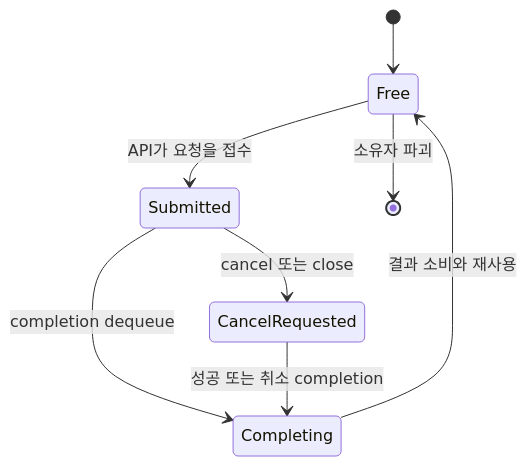
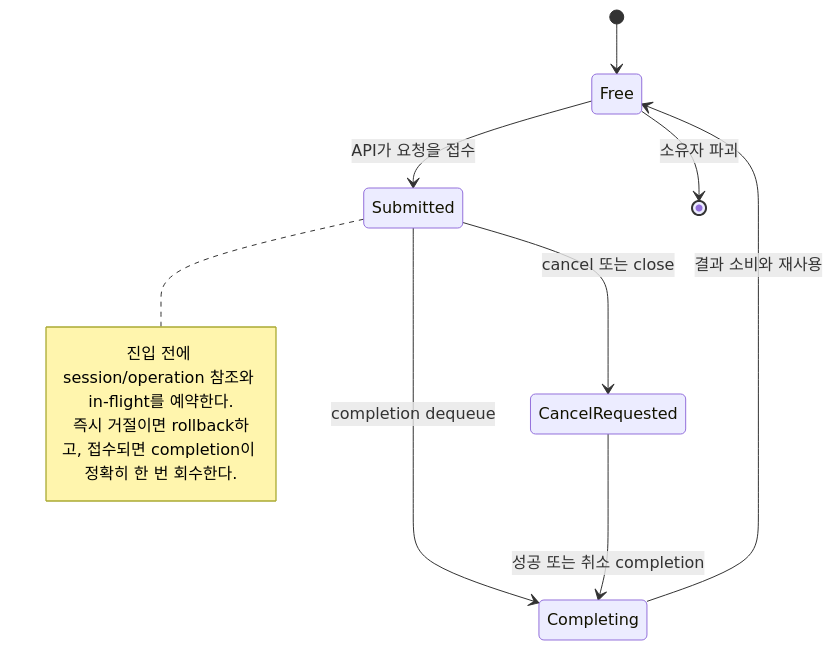
The second of 5 diagrams in system/part17_windows_iocp.md (Rein-ArXiv/game-dev-curriculum), drawn with Mermaid before and after one commit. The commit also changed other lines of this file and 279 other files, not shown here.

````diff
--- a/system/part17_windows_iocp.md
+++ b/system/part17_windows_iocp.md
@@ -123,10 +124,14 @@
 ```mermaid
 stateDiagram-v2
     [*] --> Free
     Free --> Submitted: API가 요청을 접수
     Submitted --> Completing: completion dequeue
     Completing --> Free: 결과 소비와 재사용
     Submitted --> CancelRequested: cancel 또는 close
     CancelRequested --> Completing: 성공 또는 취소 completion
     Free --> [*]: 소유자 파괴
+    note right of Submitted
+        진입 전에 session/operation 참조와 in-flight를 예약한다.
+        즉시 거절이면 rollback하고, 접수되면 completion이 정확히 한 번 회수한다.
+    end note
 ```
````
